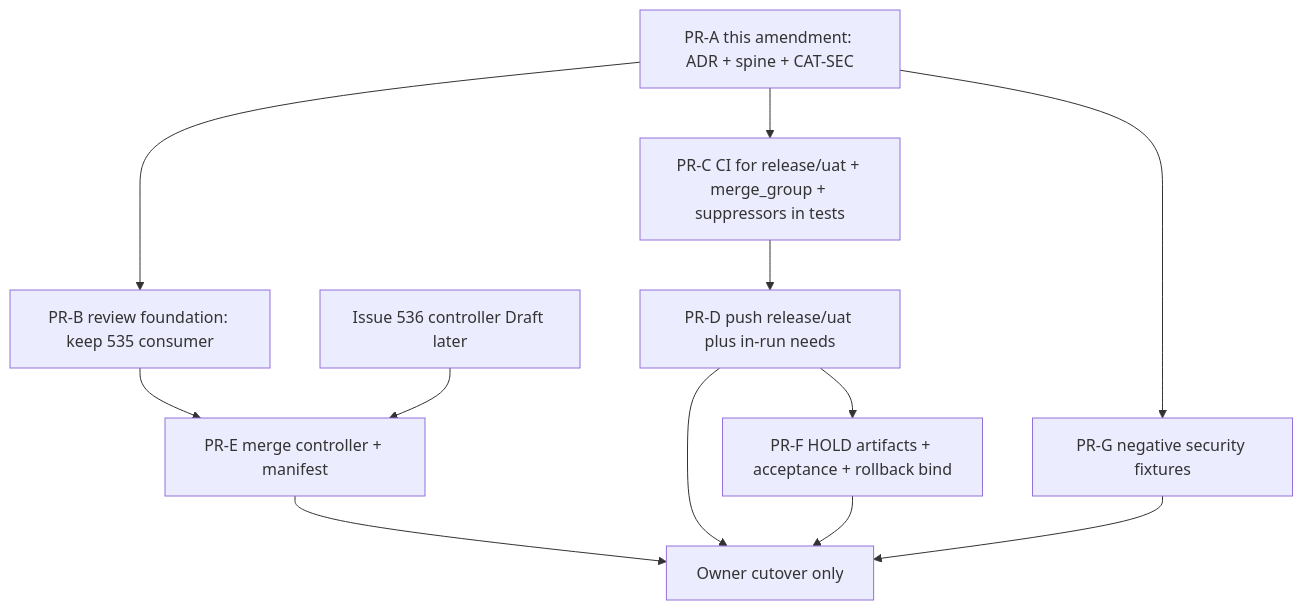
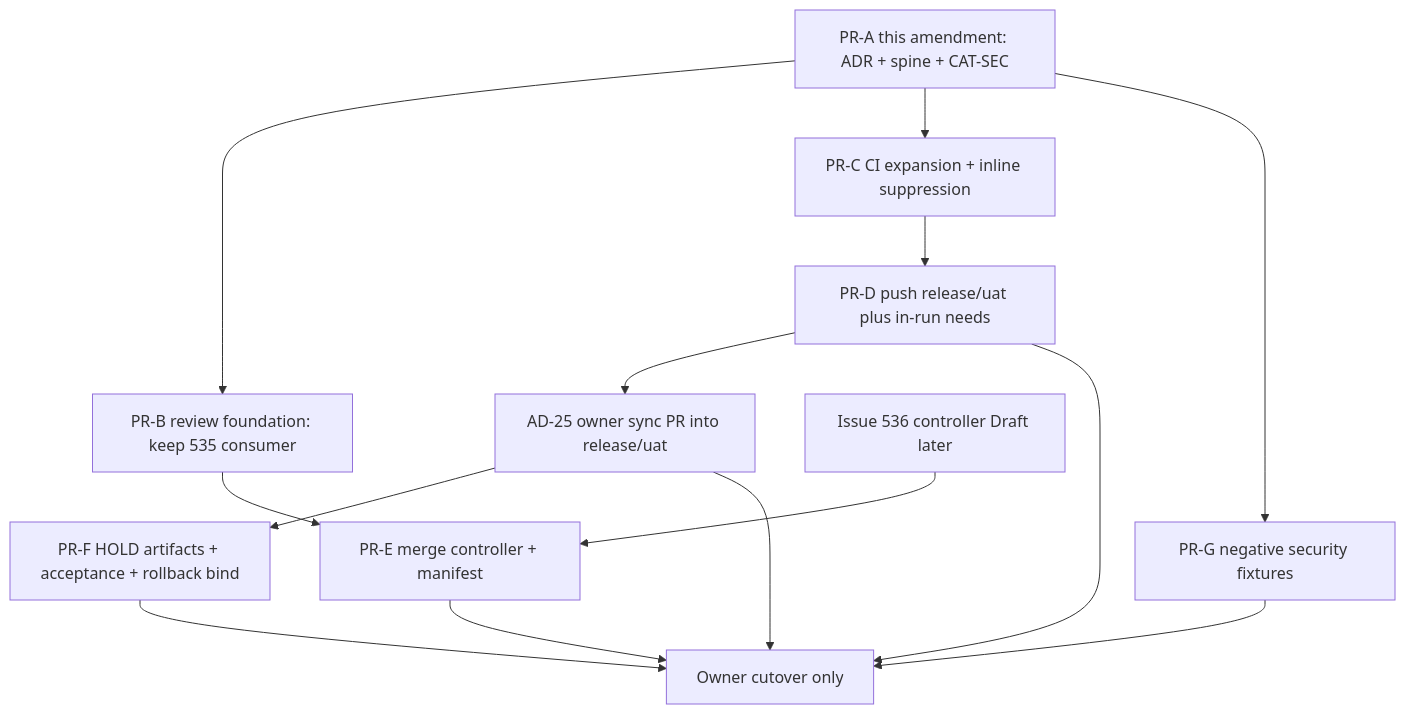
The diagram in _bmad-output/planning-artifacts/architecture/architecture-option-b-release-uat-2026-11-02/MIGRATION-PLAN.md (fad16papa/Cohestra), drawn with Mermaid before and after one commit. The commit also changed other lines of this file and 9 other files, not shown here.

First line of the commit message:
docs(uat): lock AD-25 sync, AD-26 merge token, AD-27 inline suppress

````diff
--- a/_bmad-output/planning-artifacts/architecture/architecture-option-b-release-uat-2026-11-02/MIGRATION-PLAN.md
+++ b/_bmad-output/planning-artifacts/architecture/architecture-option-b-release-uat-2026-11-02/MIGRATION-PLAN.md
@@ -11,23 +11,26 @@
 ```mermaid
 flowchart TD
   A[PR-A this amendment: ADR + spine + CAT-SEC]
   B[PR-B review foundation: keep 535 consumer]
-  C[PR-C CI for release/uat + merge_group + suppressors in tests]
+  C[PR-C CI expansion + inline suppression]
   D[PR-D push release/uat plus in-run needs]
+  D25[AD-25 owner sync PR into release/uat]
   E[PR-E merge controller + manifest]
   F[PR-F HOLD artifacts + acceptance + rollback bind]
   G[PR-G negative security fixtures]
   H[Owner cutover only]
   S536[Issue 536 controller Draft later]
   A --> B
   A --> C
   A --> G
   C --> D
-  D --> F
+  D --> D25
+  D25 --> F
+  D25 --> H
   B --> E
   S536 --> E
   E --> H
   D --> H
   F --> H
   G --> H
 ```
````
